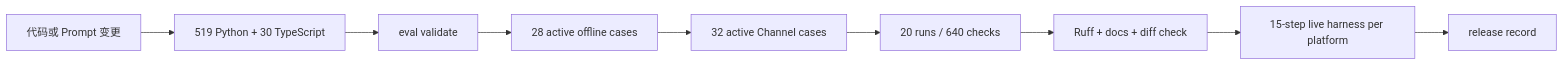
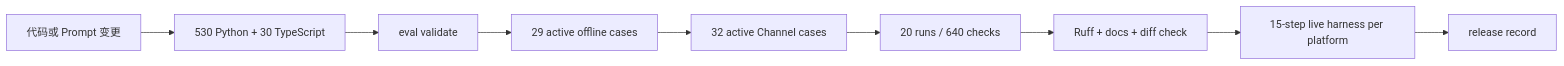
One commit to NEDONION/lobster0 changed the diagram in docs/evals/README.md. Above: the diagram before and after it, drawn with Mermaid. The commit also changed other lines of this file and 58 other files, not shown here.

````diff
--- a/docs/evals/README.md
+++ b/docs/evals/README.md
@@ -18,11 +18,11 @@
 ```mermaid
 flowchart LR
-    CHANGE["代码或 Prompt 变更"] --> UNIT["519 Python + 30 TypeScript"]
+    CHANGE["代码或 Prompt 变更"] --> UNIT["530 Python + 30 TypeScript"]
     UNIT --> VALIDATE["eval validate"]
-    VALIDATE --> OFFLINE["28 active offline cases"]
+    VALIDATE --> OFFLINE["29 active offline cases"]
     OFFLINE --> CHANNEL["32 active Channel cases"]
     CHANNEL --> SOAK["20 runs / 640 checks"]
     SOAK --> RUFF["Ruff + docs + diff check"]
     RUFF --> LIVE["15-step live harness per platform"]
     LIVE --> RECORD["release record"]
 ```
````
